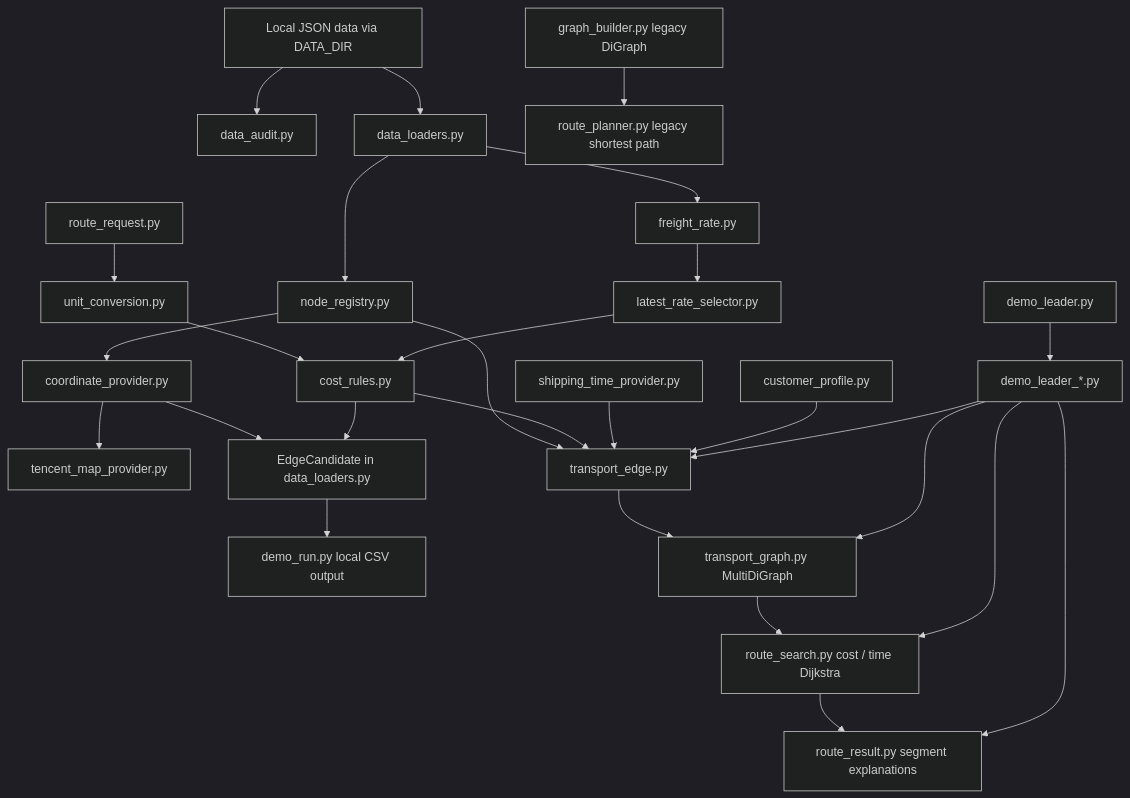
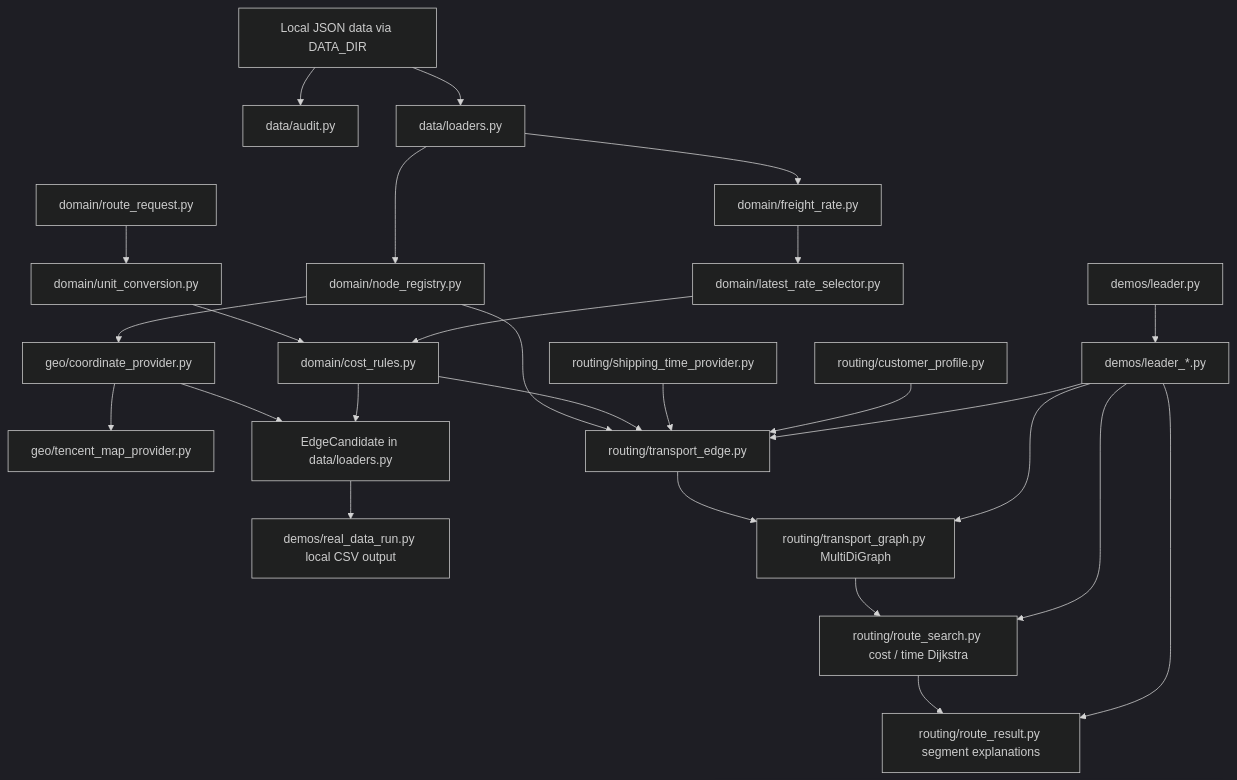
Before and after one commit to yumenou92-netizen/From-Port-to-Factory-A-Project-on-Transport-Route-Inference-Based-on-an-Open-Mapping-Platform: the first of 2 diagrams in docs/ARCHITECTURE.md, drawn with Mermaid (dark theme). The commit also changed other lines of this file and 88 other files, not shown here.

````diff
--- a/docs/ARCHITECTURE.md
+++ b/docs/ARCHITECTURE.md
@@ -9,36 +9,35 @@
 ```mermaid
 flowchart TD
-    A["Local JSON data via DATA_DIR"] --> B["data_audit.py"]
-    A --> C["data_loaders.py"]
+    A["Local JSON data via DATA_DIR"] --> B["data/audit.py"]
+    A --> C["data/loaders.py"]
 
-    C --> D["node_registry.py"]
-    D --> D2["coordinate_provider.py"]
-    D2 --> D3["tencent_map_provider.py"]
-    C --> E["freight_rate.py"]
-    E --> E2["latest_rate_selector.py"]
+    C --> D["domain/node_registry.py"]
+    D --> D2["geo/coordinate_provider.py"]
+    D2 --> D3["geo/tencent_map_provider.py"]
+    C --> E["domain/freight_rate.py"]
+    E --> E2["domain/latest_rate_selector.py"]
 
-    F["route_request.py"] --> G["unit_conversion.py"]
-    G --> H["cost_rules.py"]
+    F["domain/route_request.py"] --> G["domain/unit_conversion.py"]
+    G --> H["domain/cost_rules.py"]
     E2 --> H
-    T["shipping_time_provider.py"]
-    P["customer_profile.py"]
+    T["routing/shipping_time_provider.py"]
+    P["routing/customer_profile.py"]
 
-    D2 --> I["EdgeCandidate in data_loaders.py"]
+    D2 --> I["EdgeCandidate in data/loaders.py"]
     H --> I
-    I --> O["demo_run.py local CSV output"]
+    I --> O["demos/real_data_run.py local CSV output"]
 
-    D --> U["transport_edge.py"]
+    D --> U["routing/transport_edge.py"]
     H --> U
     T --> U
     P --> U
-    U --> V["transport_graph.py MultiDiGraph"]
-    V --> W["route_search.py cost / time Dijkstra"]
-    W --> X["route_result.py segment explanations"]
+    U --> V["routing/transport_graph.py MultiDiGraph"]
+    V --> W["routing/route_search.py cost / time Dijkstra"]
+    W --> X["routing/route_result.py segment explanations"]
 
-    J["graph_builder.py legacy DiGraph"] --> K["route_planner.py legacy shortest path"]
-    M["demo_leader.py"] --> N["demo_leader_*.py"]
+    M["demos/leader.py"] --> N["demos/leader_*.py"]
     N --> U
     N --> V
     N --> W
     N --> X
 ```
````
